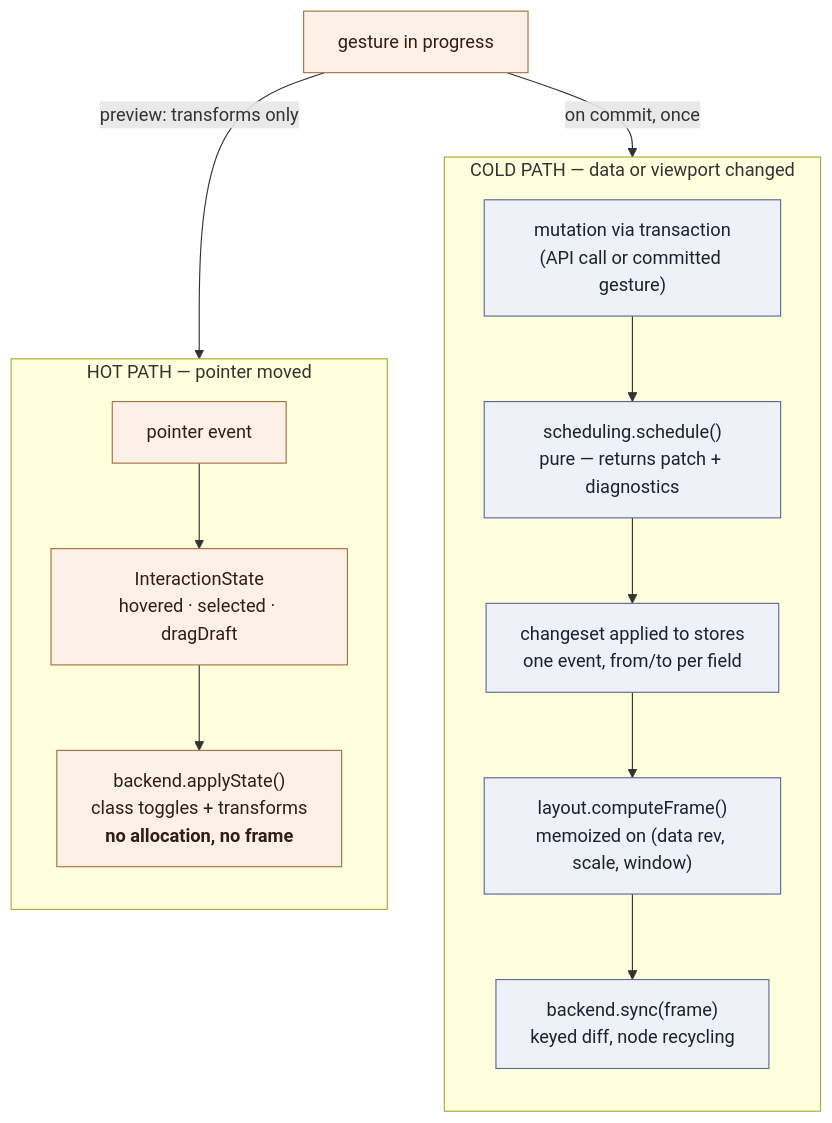
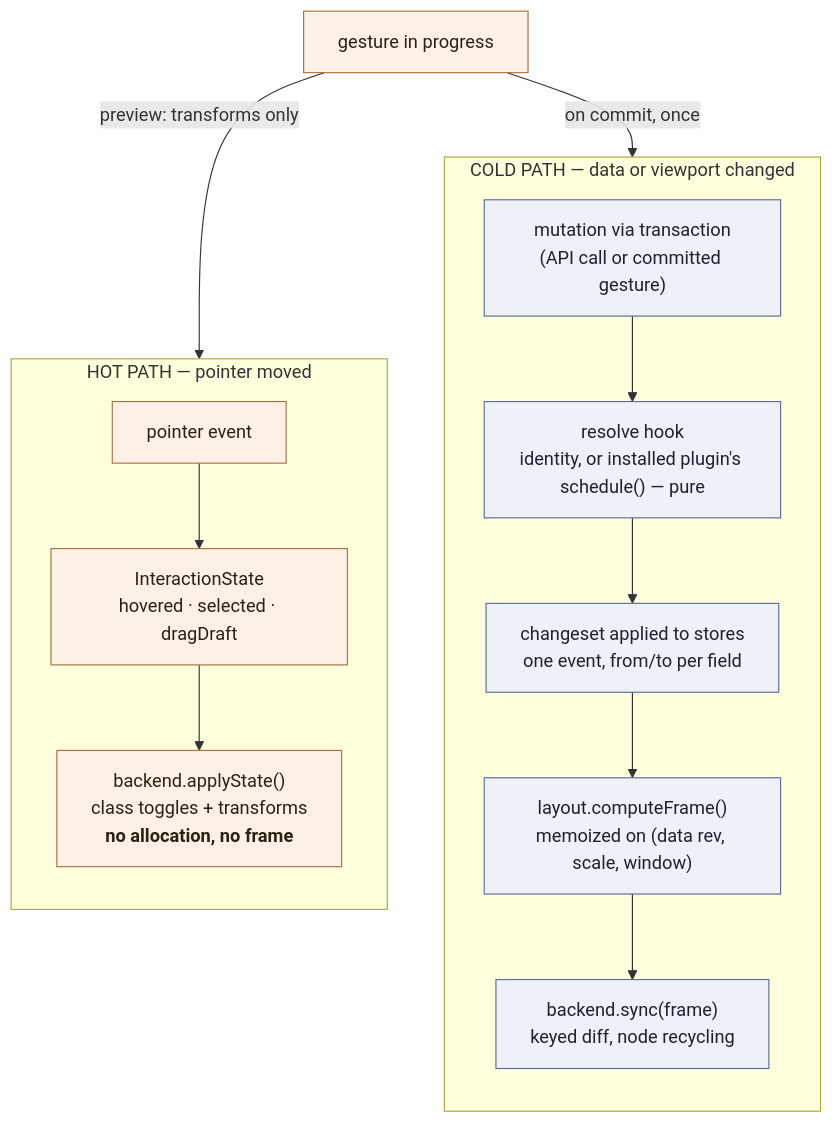
One commit to freegantt/freegantt changed the fourth of 6 diagrams in plans/01-domain-architecture.md. Above: the diagram before and after it, drawn with Mermaid. The commit also changed other lines of this file and 9 other files, not shown here.

First line of the commit message:
Scheduling is a plugin, not a core layer (#18)

````diff
--- a/plans/01-domain-architecture.md
+++ b/plans/01-domain-architecture.md
@@ -258,28 +240,28 @@
 ```mermaid
 flowchart TB
   subgraph cold["COLD PATH — data or viewport changed"]
     direction TB
     C1["mutation via transaction<br/>(API call or committed gesture)"]
-    C2["scheduling.schedule()<br/>pure — returns patch + diagnostics"]
+    C2["resolve hook<br/>identity, or installed plugin's schedule() — pure"]
     C3["changeset applied to stores<br/>one event, from/to per field"]
     C4["layout.computeFrame()<br/>memoized on (data rev, scale, window)"]
     C5["backend.sync(frame)<br/>keyed diff, node recycling"]
     C1 --> C2 --> C3 --> C4 --> C5
   end
 
   subgraph hot["HOT PATH — pointer moved"]
     direction TB
     H1["pointer event"]
     H2["InteractionState<br/>hovered · selected · dragDraft"]
     H3["backend.applyState()<br/>class toggles + transforms<br/><b>no allocation, no frame</b>"]
     H1 --> H2 --> H3
   end
 
   G["gesture in progress"] -->|"preview: transforms only"| H3
   G -->|"on commit, once"| C1
 
   classDef c fill:#eef1f8,stroke:#5a6a9a,color:#1c2230
   classDef h fill:#fdf1e7,stroke:#a8703c,color:#2e1f12
   class C1,C2,C3,C4,C5 c
   class H1,H2,H3,G h
 ```
````
